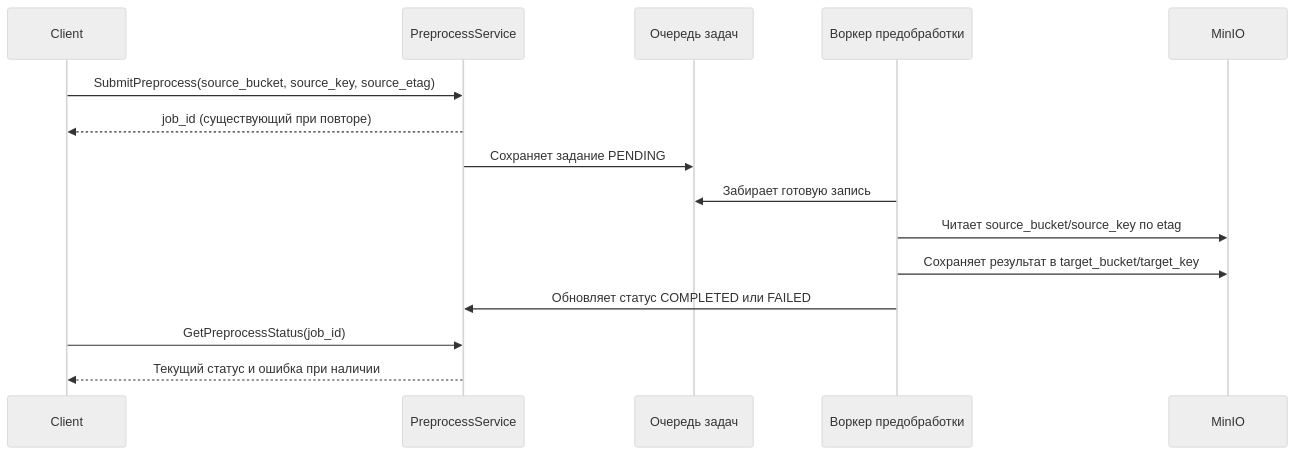
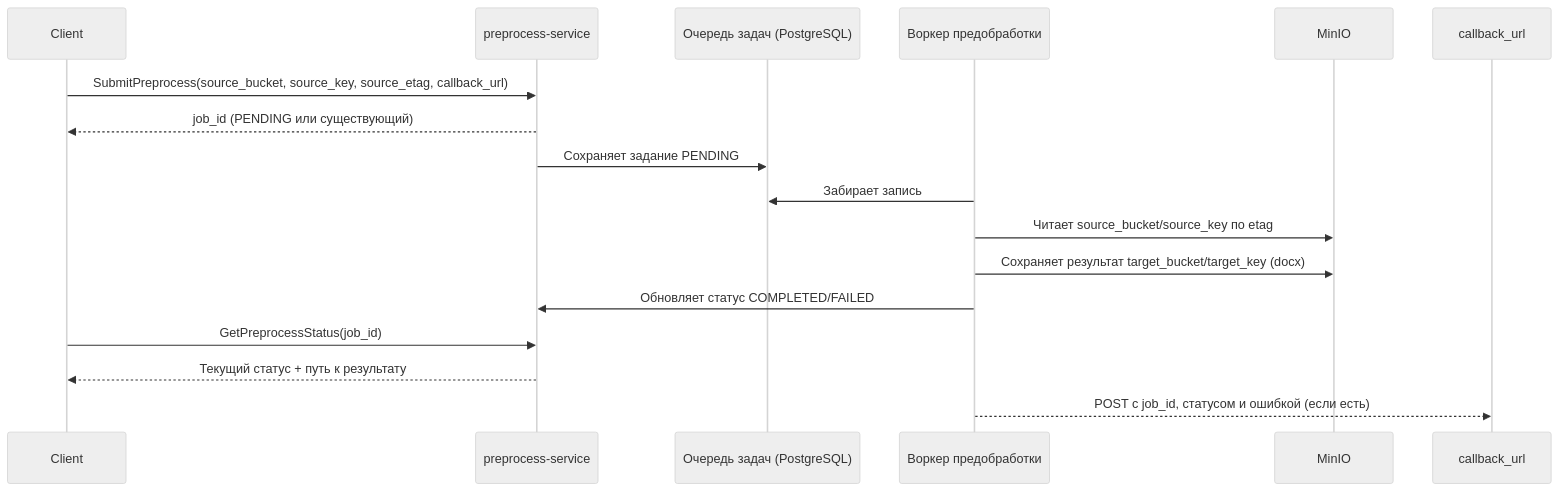
The diagram in backend/preprocess-service/sequence.md (FedorovTeam/mono-repo), drawn with Mermaid (neutral theme) before and after one commit. The commit also changed other lines of this file and 17 other files, not shown here.

Commit message:
Add observability and deployment docs to preprocess service

````diff
--- a/backend/preprocess-service/sequence.md
+++ b/backend/preprocess-service/sequence.md
@@ -3,18 +3,20 @@
 ```mermaid
 sequenceDiagram
     participant Client
-    participant Preprocess as PreprocessService
-    participant Queue as Очередь задач
+    participant Preprocess as preprocess-service
+    participant Queue as Очередь задач (PostgreSQL)
     participant Worker as Воркер предобработки
     participant MinIO
+    participant Callback as callback_url
 
-    Client->>Preprocess: SubmitPreprocess(source_bucket, source_key, source_etag)
-    Preprocess-->>Client: job_id (существующий при повторе)
+    Client->>Preprocess: SubmitPreprocess(source_bucket, source_key, source_etag, callback_url)
+    Preprocess-->>Client: job_id (PENDING или существующий)
     Preprocess->>Queue: Сохраняет задание PENDING
-    Worker->>Queue: Забирает готовую запись
+    Worker->>Queue: Забирает запись
     Worker->>MinIO: Читает source_bucket/source_key по etag
-    Worker->>MinIO: Сохраняет результат в target_bucket/target_key
-    Worker->>Preprocess: Обновляет статус COMPLETED или FAILED
+    Worker->>MinIO: Сохраняет результат target_bucket/target_key (docx)
+    Worker->>Preprocess: Обновляет статус COMPLETED/FAILED
     Client->>Preprocess: GetPreprocessStatus(job_id)
-    Preprocess-->>Client: Текущий статус и ошибка при наличии
+    Preprocess-->>Client: Текущий статус + путь к результату
+    Worker-->>Callback: POST с job_id, статусом и ошибкой (если есть)
 ```
````
